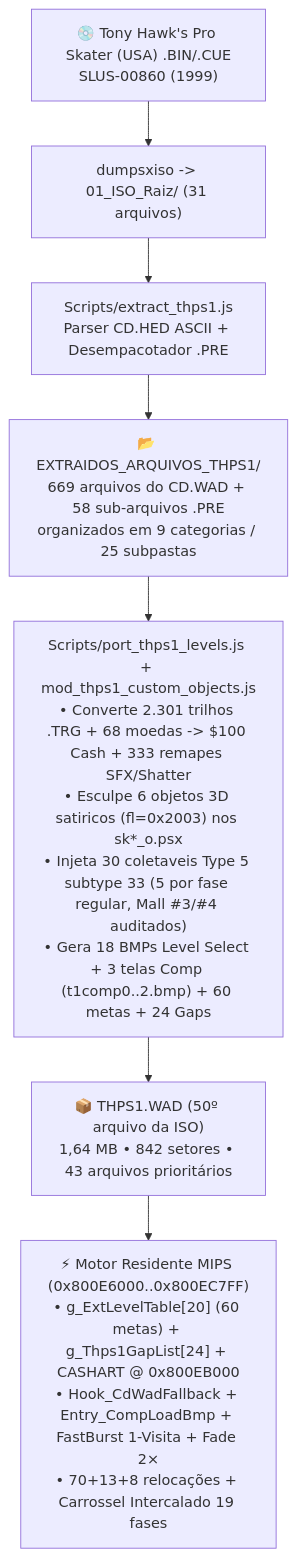
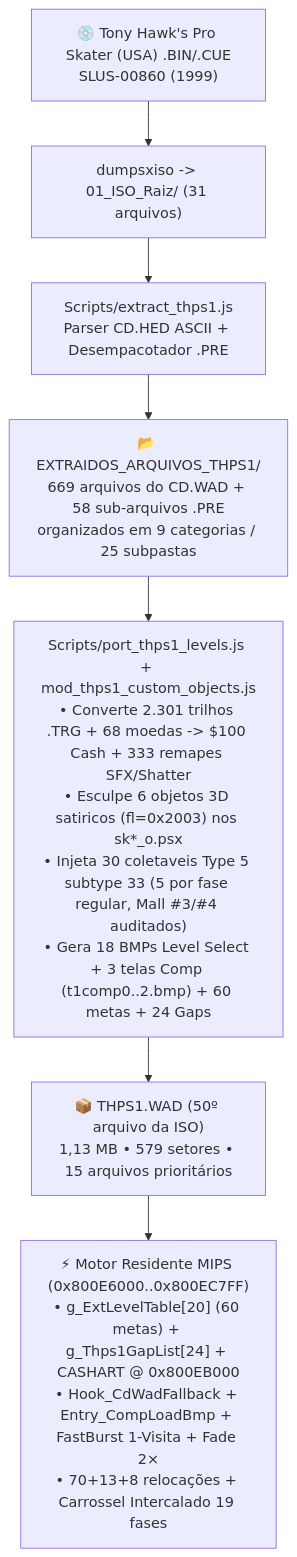
Before and after one commit to WagnerxOliveira/Tony_Hawk-s_Pro_Skater_2_Mod_PSX: the diagram in Docs/MAPA_14_THPS1_ARQUIVOS_E_ENGENHARIA_REVERSA.md, drawn with Mermaid. The commit also changed other lines of this file and 12 other files, not shown here.

````diff
--- a/Docs/MAPA_14_THPS1_ARQUIVOS_E_ENGENHARIA_REVERSA.md
+++ b/Docs/MAPA_14_THPS1_ARQUIVOS_E_ENGENHARIA_REVERSA.md
@@ -24,9 +24,9 @@
 ```mermaid
 flowchart TB
     ISO["💿 Tony Hawk's Pro Skater (USA) .BIN/.CUE<br/>SLUS-00860 (1999)"] --> DUMP["dumpsxiso -> 01_ISO_Raiz/ (31 arquivos)"]
     DUMP --> EXT["Scripts/extract_thps1.js<br/>Parser CD.HED ASCII + Desempacotador .PRE"]
     EXT --> TREE["📂 EXTRAIDOS_ARQUIVOS_THPS1/<br/>669 arquivos do CD.WAD + 58 sub-arquivos .PRE<br/>organizados em 9 categorias / 25 subpastas"]
     TREE --> PORT["Scripts/port_thps1_levels.js + mod_thps1_custom_objects.js<br/>• Converte 2.301 trilhos .TRG + 68 moedas -> $100 Cash + 333 remapes SFX/Shatter<br/>• Esculpe 6 objetos 3D satiricos (fl=0x2003) nos sk*_o.psx<br/>• Injeta 30 coletaveis Type 5 subtype 33 (5 por fase regular, Mall #3/#4 auditados)<br/>• Gera 18 BMPs Level Select + 3 telas Comp (t1comp0..2.bmp) + 60 metas + 24 Gaps"]
-    PORT --> WAD["📦 THPS1.WAD (50º arquivo da ISO)<br/>1,64 MB • 842 setores • 43 arquivos prioritários"]
+    PORT --> WAD["📦 THPS1.WAD (50º arquivo da ISO)<br/>1,13 MB • 579 setores • 15 arquivos prioritários"]
     WAD --> ENG["⚡ Motor Residente MIPS (0x800E6000..0x800EC7FF)<br/>• g_ExtLevelTable[20] (60 metas) + g_Thps1GapList[24] + CASHART @ 0x800EB000<br/>• Hook_CdWadFallback + Entry_CompLoadBmp + FastBurst 1-Visita + Fade 2×<br/>• 70+13+8 relocações + Carrossel Intercalado 19 fases"]
 ```
````
